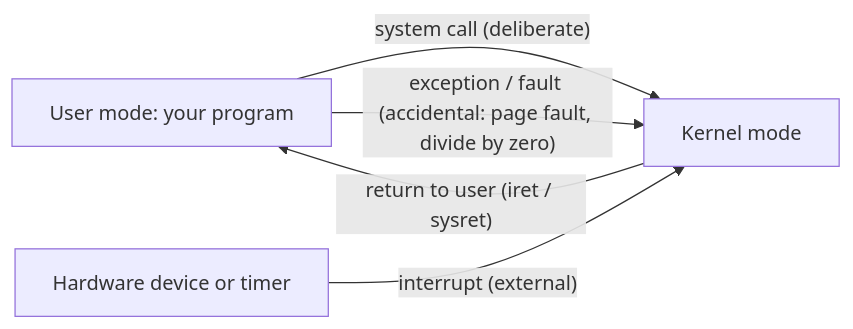
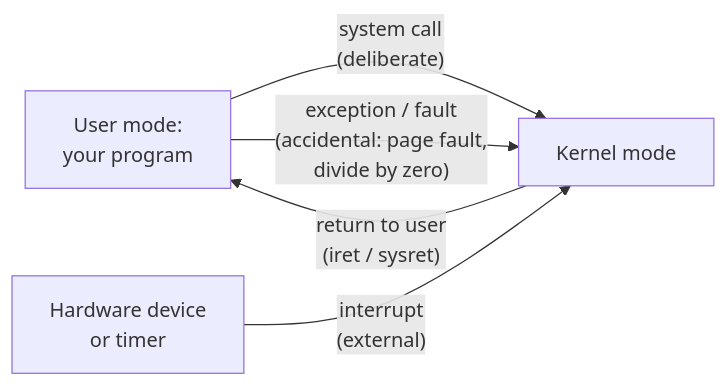
Before and after one commit to Siva010/CoreCS: the diagram in content/lessons/os/os-what-an-os-does.md, drawn with Mermaid. The commit also changed 54 other files, not shown here.

First line of the commit message:
Add diagrams to the database lessons and make them readable

````diff
--- a/content/lessons/os/os-what-an-os-does.md
+++ b/content/lessons/os/os-what-an-os-does.md
@@ -74,7 +74,7 @@
 ```mermaid
 flowchart LR
-    U["User mode: your program"] -->|"system call (deliberate)"| K["Kernel mode"]
-    U -->|"exception / fault (accidental: page fault, divide by zero)"| K
-    H["Hardware device or timer"] -->|"interrupt (external)"| K
-    K -->|"return to user (iret / sysret)"| U
+    U["User mode:<br/>your program"] -->|"system call<br/>(deliberate)"| K["Kernel mode"]
+    U -->|"exception / fault<br/>(accidental: page fault,<br/>divide by zero)"| K
+    H["Hardware device<br/>or timer"] -->|"interrupt<br/>(external)"| K
+    K -->|"return to user<br/>(iret / sysret)"| U
 ```
````
